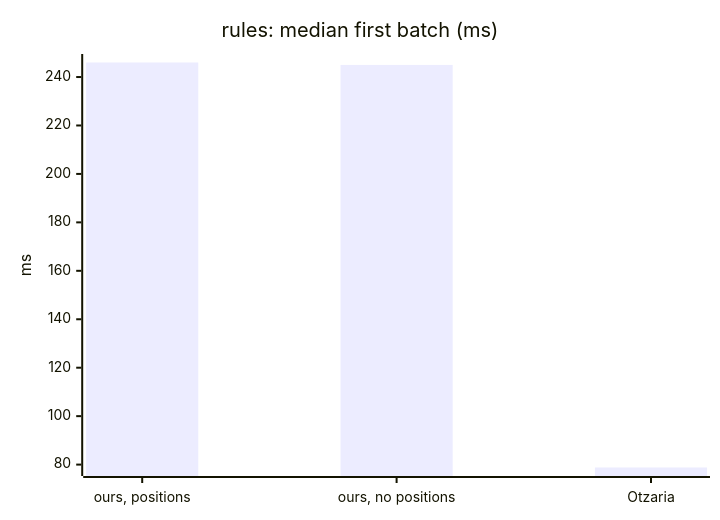
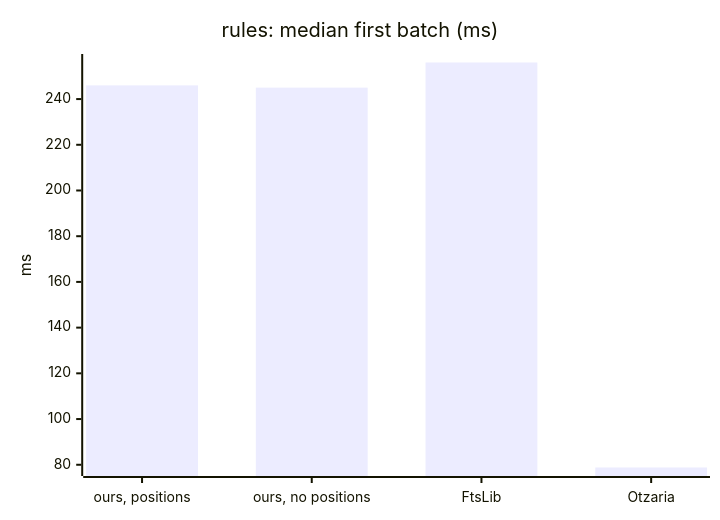
One commit to KleiKodesh/SeforimLibrarySearchEngine changed the tenth of 11 diagrams in FTS-SPECS-AND-COMPARISONS.md. Above: the diagram before and after it, drawn with Mermaid. The commit also changed other lines of this file, not shown here.

Commit message:
FTS-SPECS-AND-COMPARISONS.md: FtsLib speed runs added

````diff
--- a/FTS-SPECS-AND-COMPARISONS.md
+++ b/FTS-SPECS-AND-COMPARISONS.md
@@ -409,7 +486,7 @@
 ```mermaid
 xychart-beta
     title "rules: median first batch (ms)"
-    x-axis ["ours, positions", "ours, no positions", "Otzaria"]
+    x-axis ["ours, positions", "ours, no positions", "FtsLib", "Otzaria"]
     y-axis "ms"
-    bar [246.00, 245.00, 78.80]
+    bar [246.00, 245.00, 256.00, 78.80]
 ```
````
